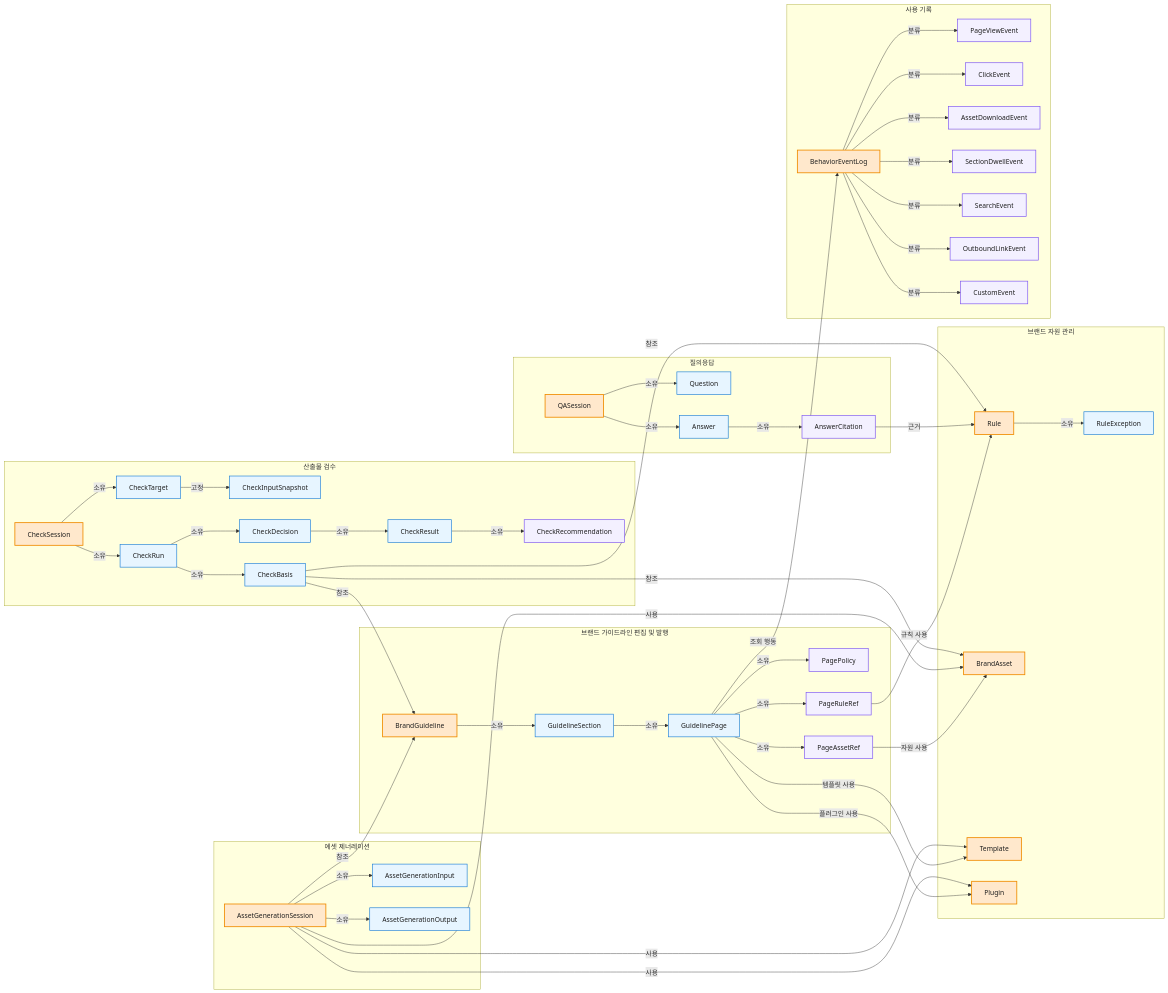
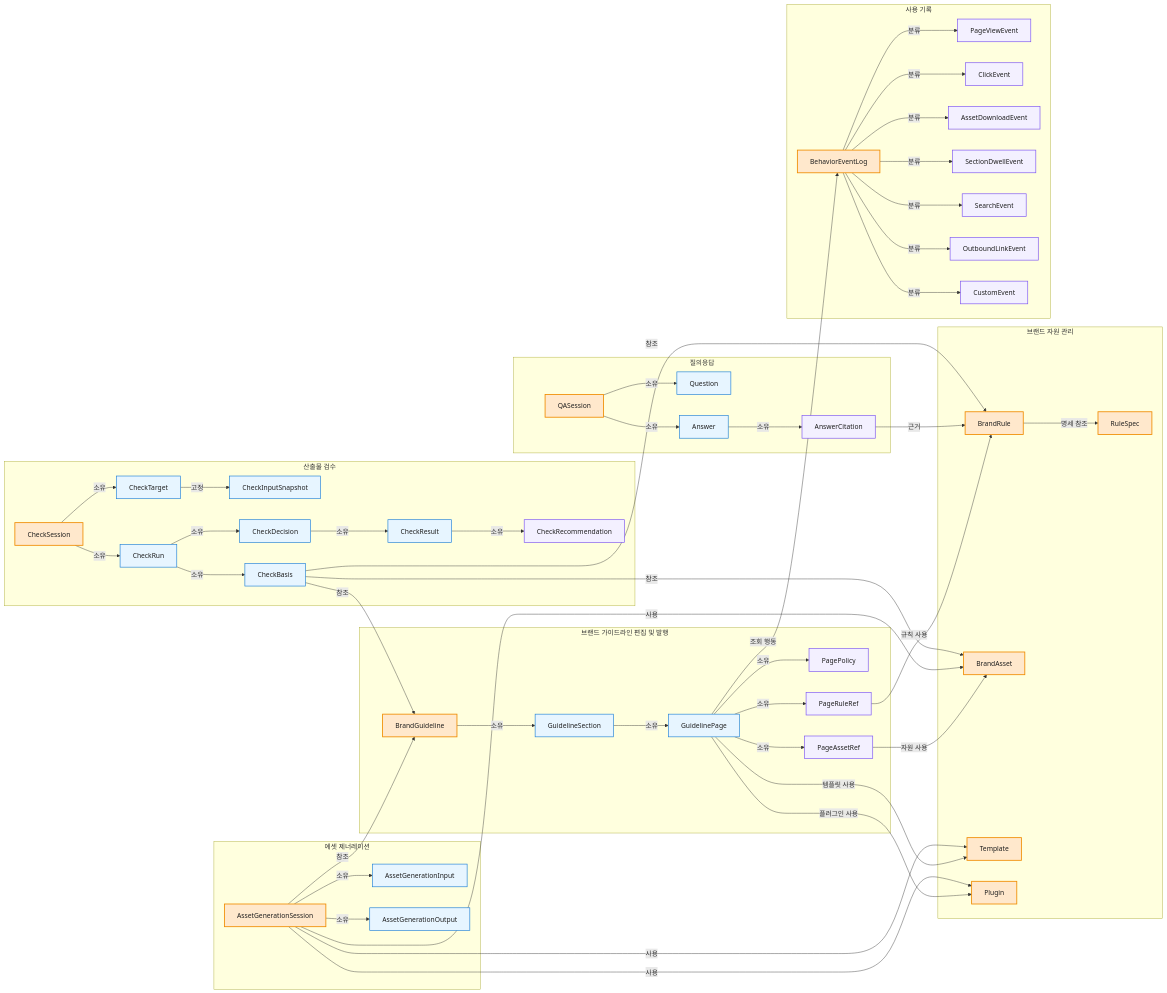
Before and after one commit to ewoooo/living-brand-system: the second of 5 diagrams in docs/04-domain-model.md, drawn with Mermaid. The commit also changed other lines of this file, not shown here.

Commit message:
docs: split Rule into brand-agnostic RuleSpec and per-brand BrandRule

````diff
--- a/docs/04-domain-model.md
+++ b/docs/04-domain-model.md
@@ -79,8 +79,8 @@
   end
 
   subgraph Resource["브랜드 자원 관리"]
-    Rule["Rule"]
-    RuleException["RuleException"]
+    RuleSpec["RuleSpec"]
+    BrandRule["BrandRule"]
     BrandAsset["BrandAsset"]
     Template["Template"]
     Plugin["Plugin"]
@@ -125,8 +125,8 @@
   GuidelineSection -->|"소유"| GuidelinePage
   GuidelinePage -->|"소유"| PagePolicy
   GuidelinePage -->|"소유"| PageRuleRef
-  PageRuleRef -->|"규칙 사용"| Rule
-  Rule -->|"소유"| RuleException
+  PageRuleRef -->|"규칙 사용"| BrandRule
+  BrandRule -->|"명세 참조"| RuleSpec
   GuidelinePage -->|"소유"| PageAssetRef
   PageAssetRef -->|"자원 사용"| BrandAsset
   GuidelinePage -->|"템플릿 사용"| Template
@@ -142,13 +142,13 @@
   QASession -->|"소유"| Question
   QASession -->|"소유"| Answer
   Answer -->|"소유"| AnswerCitation
-  AnswerCitation -->|"근거"| Rule
+  AnswerCitation -->|"근거"| BrandRule
   CheckSession -->|"소유"| CheckTarget
   CheckTarget -->|"고정"| CheckInputSnapshot
   CheckSession -->|"소유"| CheckRun
   CheckRun -->|"소유"| CheckBasis
   CheckBasis -->|"참조"| BrandGuideline
-  CheckBasis -->|"참조"| Rule
+  CheckBasis -->|"참조"| BrandRule
   CheckBasis -->|"참조"| BrandAsset
   CheckRun -->|"소유"| CheckDecision
   CheckDecision -->|"소유"| CheckResult
@@ -166,7 +166,7 @@
   classDef childEntity fill:#F3F0FF,stroke:#7950F2,stroke-width:1.5px,color:#1F1F1F;
   classDef record fill:#F1F3F5,stroke:#868E96,stroke-width:1.5px,color:#1F1F1F;
 
-  class BrandGuideline,Rule,BrandAsset,Template,Plugin,AssetGenerationSession,QASession,CheckSession,BehaviorEventLog aggregate;
-  class GuidelineSection,GuidelinePage,RuleException,AssetGenerationInput,AssetGenerationOutput,Question,Answer,CheckTarget,CheckInputSnapshot,CheckRun,CheckBasis,CheckDecision,CheckResult entity;
+  class BrandGuideline,RuleSpec,BrandRule,BrandAsset,Template,Plugin,AssetGenerationSession,QASession,CheckSession,BehaviorEventLog aggregate;
+  class GuidelineSection,GuidelinePage,AssetGenerationInput,AssetGenerationOutput,Question,Answer,CheckTarget,CheckInputSnapshot,CheckRun,CheckBasis,CheckDecision,CheckResult entity;
   class PagePolicy,PageRuleRef,PageAssetRef,AnswerCitation,CheckRecommendation,PageViewEvent,ClickEvent,AssetDownloadEvent,SectionDwellEvent,SearchEvent,OutboundLinkEvent,CustomEvent childEntity;
 ```
````
